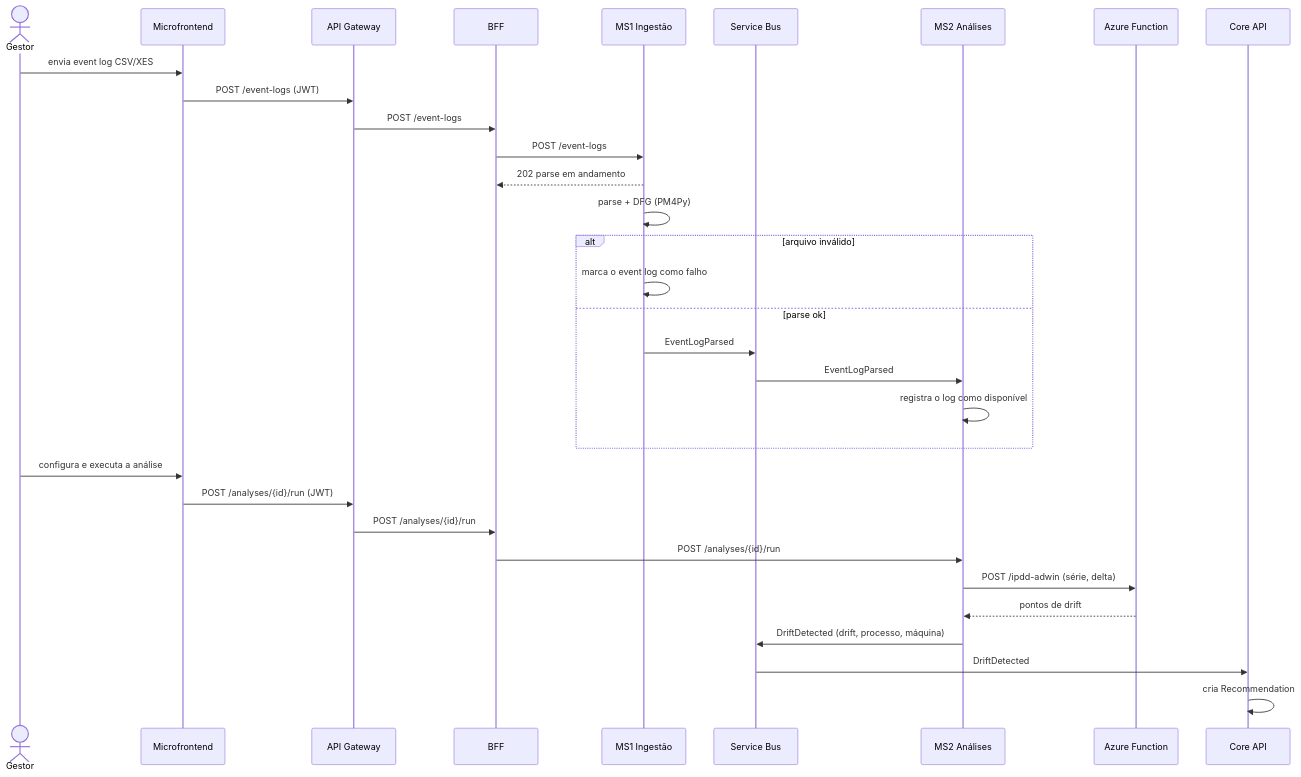
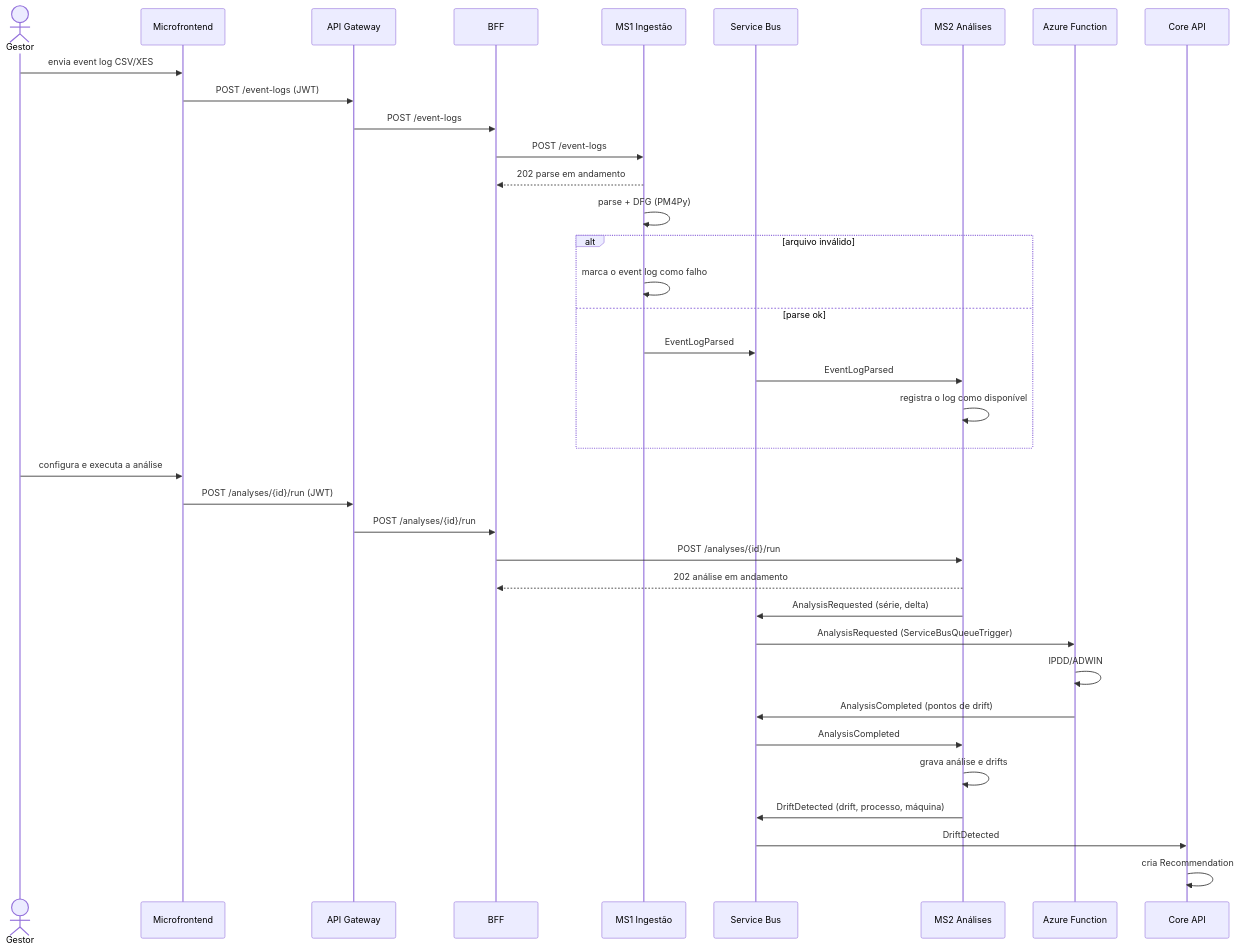
The ninth of 17 diagrams in architecture/arc42.md (aland3r/deviante-docs), drawn with Mermaid before and after one commit. The commit also changed other lines of this file, not shown here.

First line of the commit message:
arc42 §1, §4–§9, §12: filas do Service Bus, Function App de análise com previsão experimental, ADR 10 e 11

````diff
--- a/architecture/arc42.md
+++ b/architecture/arc42.md
@@ -793,34 +803,39 @@
 ```mermaid
 sequenceDiagram
     actor G as Gestor
     participant W as Microfrontend
     participant GW as API Gateway
     participant B as BFF
     participant M1 as MS1 Ingestão
     participant Q as Service Bus
     participant M2 as MS2 Análises
     participant F as Azure Function
     participant C as Core API
     G->>W: envia event log CSV/XES
     W->>GW: POST /event-logs (JWT)
     GW->>B: POST /event-logs
     B->>M1: POST /event-logs
     M1-->>B: 202 parse em andamento
     M1->>M1: parse + DFG (PM4Py)
     alt arquivo inválido
         M1->>M1: marca o event log como falho
     else parse ok
     M1->>Q: EventLogParsed
     Q->>M2: EventLogParsed
     M2->>M2: registra o log como disponível
     end
     G->>W: configura e executa a análise
     W->>GW: POST /analyses/{id}/run (JWT)
     GW->>B: POST /analyses/{id}/run
     B->>M2: POST /analyses/{id}/run
-    M2->>F: POST /ipdd-adwin (série, delta)
-    F-->>M2: pontos de drift
+    M2-->>B: 202 análise em andamento
+    M2->>Q: AnalysisRequested (série, delta)
+    Q->>F: AnalysisRequested (ServiceBusQueueTrigger)
+    F->>F: IPDD/ADWIN
+    F->>Q: AnalysisCompleted (pontos de drift)
+    Q->>M2: AnalysisCompleted
+    M2->>M2: grava análise e drifts
     M2->>Q: DriftDetected (drift, processo, máquina)
     Q->>C: DriftDetected
     C->>C: cria Recommendation
 ```
````
